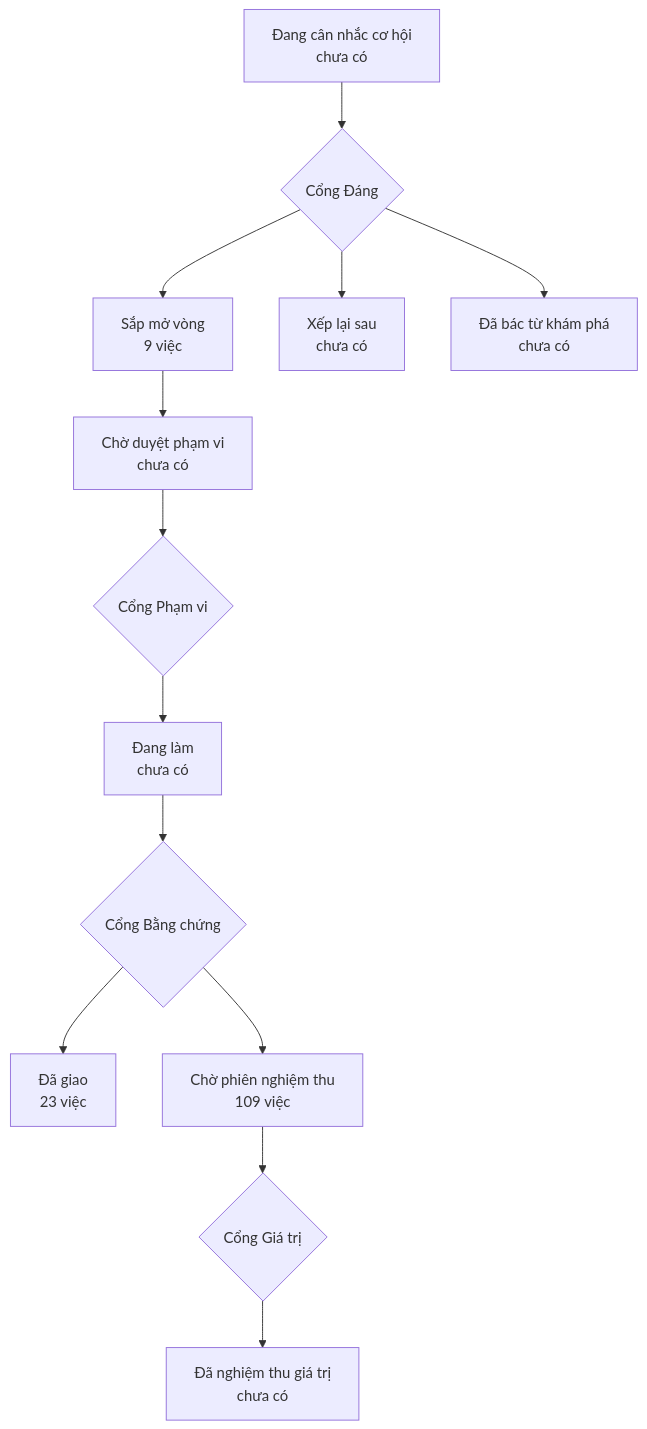
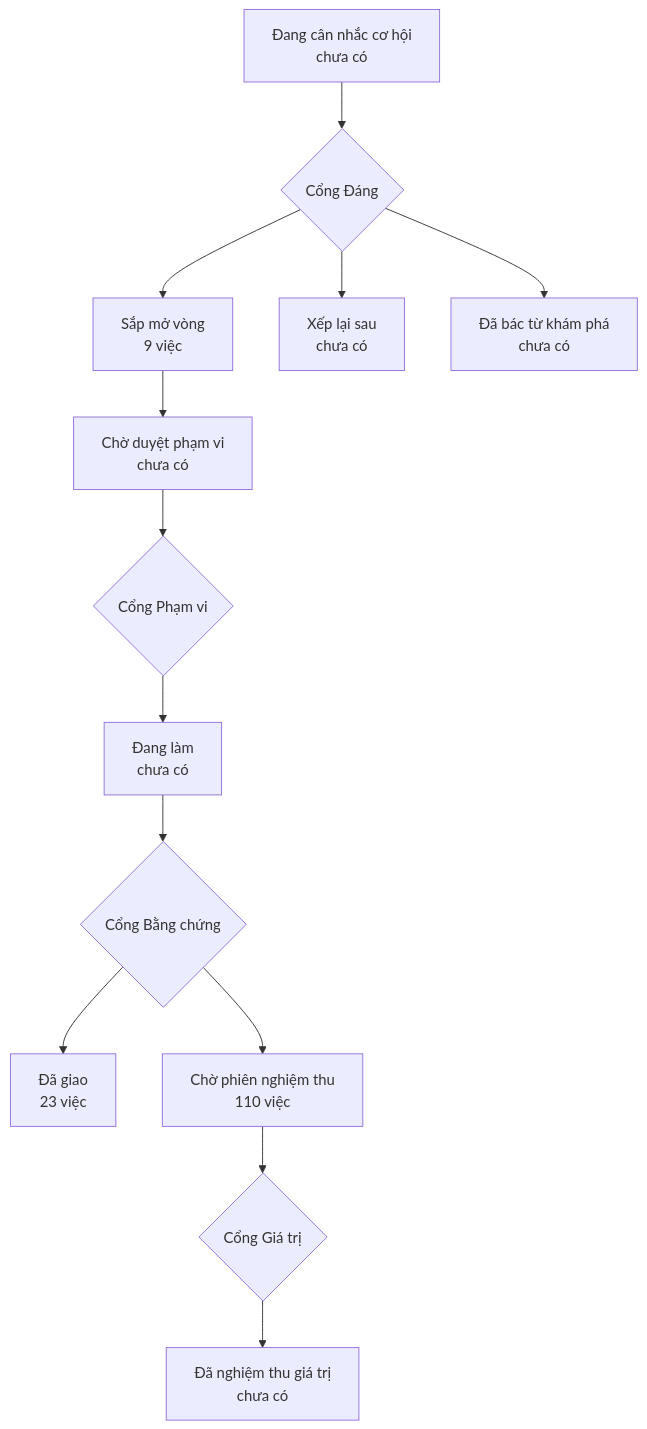
Before and after one commit to phanlemanh/onehub-quy-hang: the diagram in PRODUCT-MAP.md, drawn with Mermaid. The commit also changed other lines of this file and 1 other file, not shown here.

Commit message:
chore: vẽ lại bản đồ và lộ trình sau gộp main

````diff
--- a/PRODUCT-MAP.md
+++ b/PRODUCT-MAP.md
@@ -7,12 +7,12 @@
 ```mermaid
 flowchart TD
   A["Đang cân nhắc cơ hội<br/>chưa có"] --> GD{"Cổng Đáng"}
   GD --> B["Sắp mở vòng<br/>9 việc"]
   GD --> XL["Xếp lại sau<br/>chưa có"]
   GD --> DB["Đã bác từ khám phá<br/>chưa có"]
   B --> CD["Chờ duyệt phạm vi<br/>chưa có"] --> GP{"Cổng Phạm vi"}
   GP --> DL["Đang làm<br/>chưa có"] --> GB{"Cổng Bằng chứng"}
   GB --> DG["Đã giao<br/>23 việc"]
-  GB --> CN["Chờ phiên nghiệm thu<br/>109 việc"] --> GG{"Cổng Giá trị"}
+  GB --> CN["Chờ phiên nghiệm thu<br/>110 việc"] --> GG{"Cổng Giá trị"}
   GG --> NT["Đã nghiệm thu giá trị<br/>chưa có"]
 ```
````
